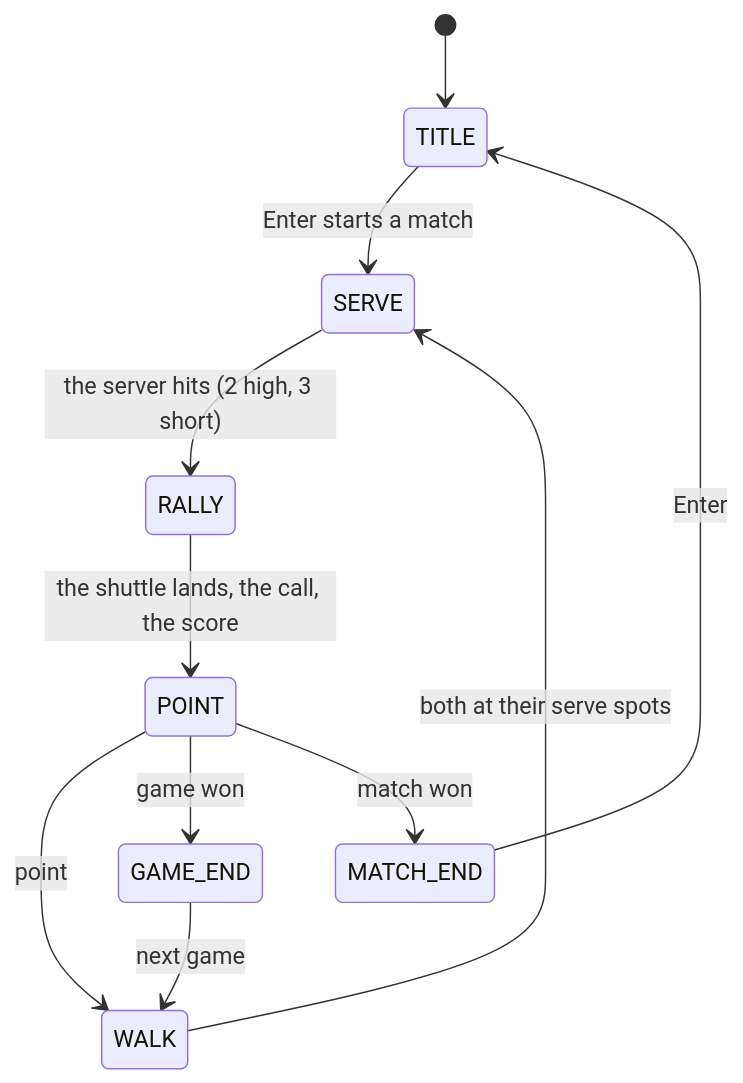
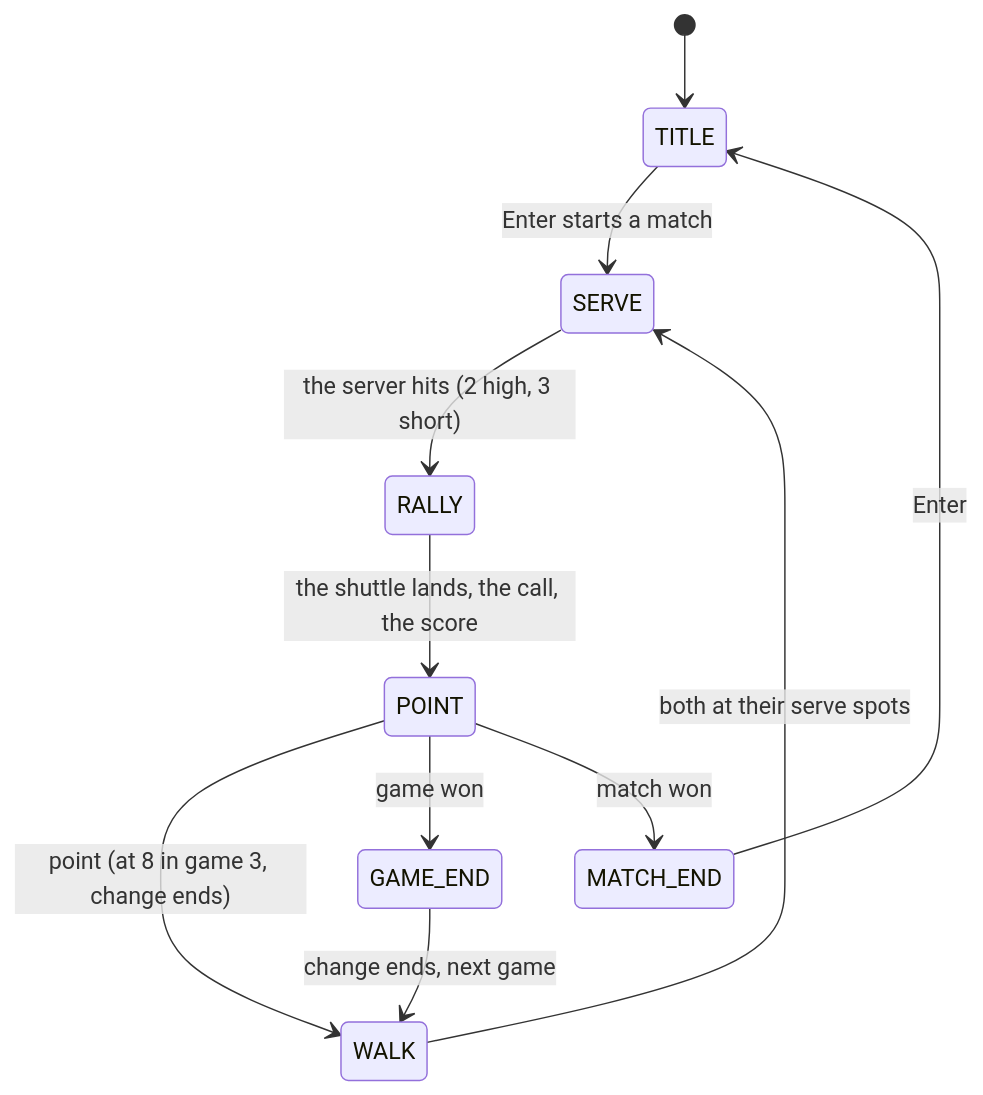
The fourth of 6 diagrams in ARCHITECTURE.md (totopoloco/badminton-game), drawn with Mermaid before and after one commit. The commit also changed other lines of this file and 4 other files, not shown here.

Commit message:
Change ends after each game and at 8 in the third game

````diff
--- a/ARCHITECTURE.md
+++ b/ARCHITECTURE.md
@@ -186,13 +186,13 @@
 ```mermaid
 stateDiagram-v2
     [*] --> TITLE
     TITLE --> SERVE: Enter starts a match
     SERVE --> RALLY: the server hits (2 high, 3 short)
     RALLY --> POINT: the shuttle lands, the call, the score
-    POINT --> WALK: point
+    POINT --> WALK: point (at 8 in game 3, change ends)
     POINT --> GAME_END: game won
     POINT --> MATCH_END: match won
     WALK --> SERVE: both at their serve spots
-    GAME_END --> WALK: next game
+    GAME_END --> WALK: change ends, next game
     MATCH_END --> TITLE: Enter
 ```
````
